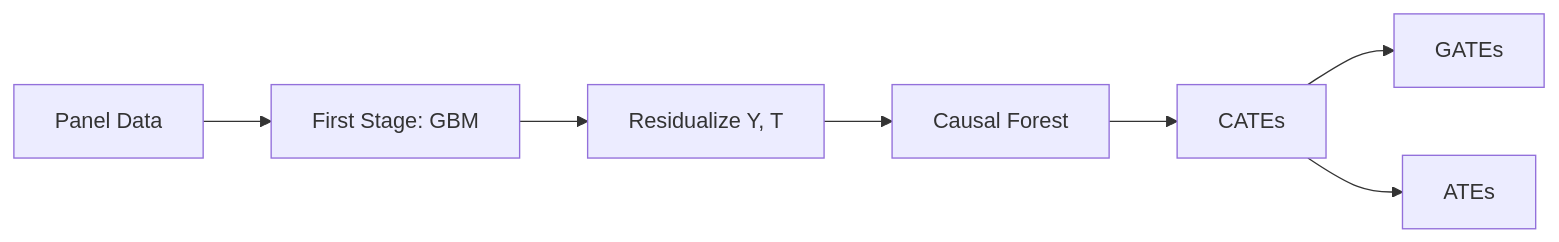
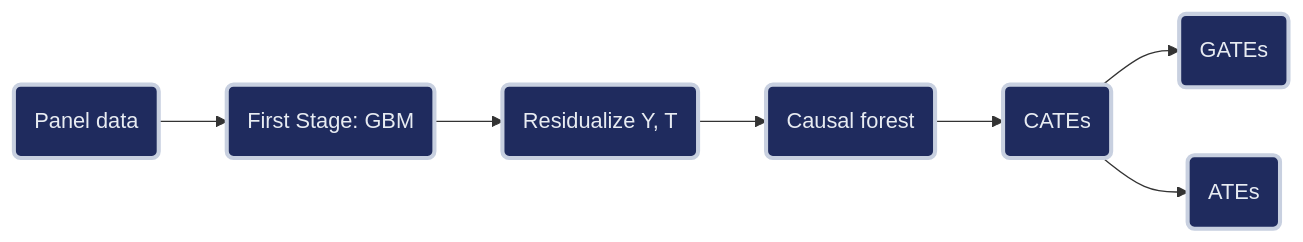
One commit to cmg777/starter-academic-v501 changed the diagram in content/post/python_EconML/references/tutorial-econml-resource-curse.qmd. Above: the diagram before and after it, drawn with Mermaid. The commit also changed other lines of this file and 42 other files, not shown here.

First line of the commit message:
content(mermaid): restyle Mermaid copies in tutorial sources and the LaLonde slide deck

````diff
--- a/content/post/python_EconML/references/tutorial-econml-resource-curse.qmd
+++ b/content/post/python_EconML/references/tutorial-econml-resource-curse.qmd
@@ -81,10 +81,12 @@
 ```{mermaid}
 %%| fig-cap: "EconML CausalForestDML pipeline"
 flowchart LR
-    A[Panel Data] --> B[First Stage: GBM]
-    B --> C[Residualize Y, T]
-    C --> D[Causal Forest]
-    D --> E[CATEs]
-    E --> F[GATEs]
-    E --> G[ATEs]
+    A("Panel data") --> B("First Stage: GBM")
+    B --> C("Residualize Y, T")
+    C --> D("Causal forest")
+    D --> E("CATEs")
+    E --> F("GATEs")
+    E --> G("ATEs")
+    classDef gray fill:#1f2b5e,stroke:#c8d0e0,stroke-width:3px,color:#e8ecf2
+    class A,B,C,D,E,F,G gray
 ```
````
